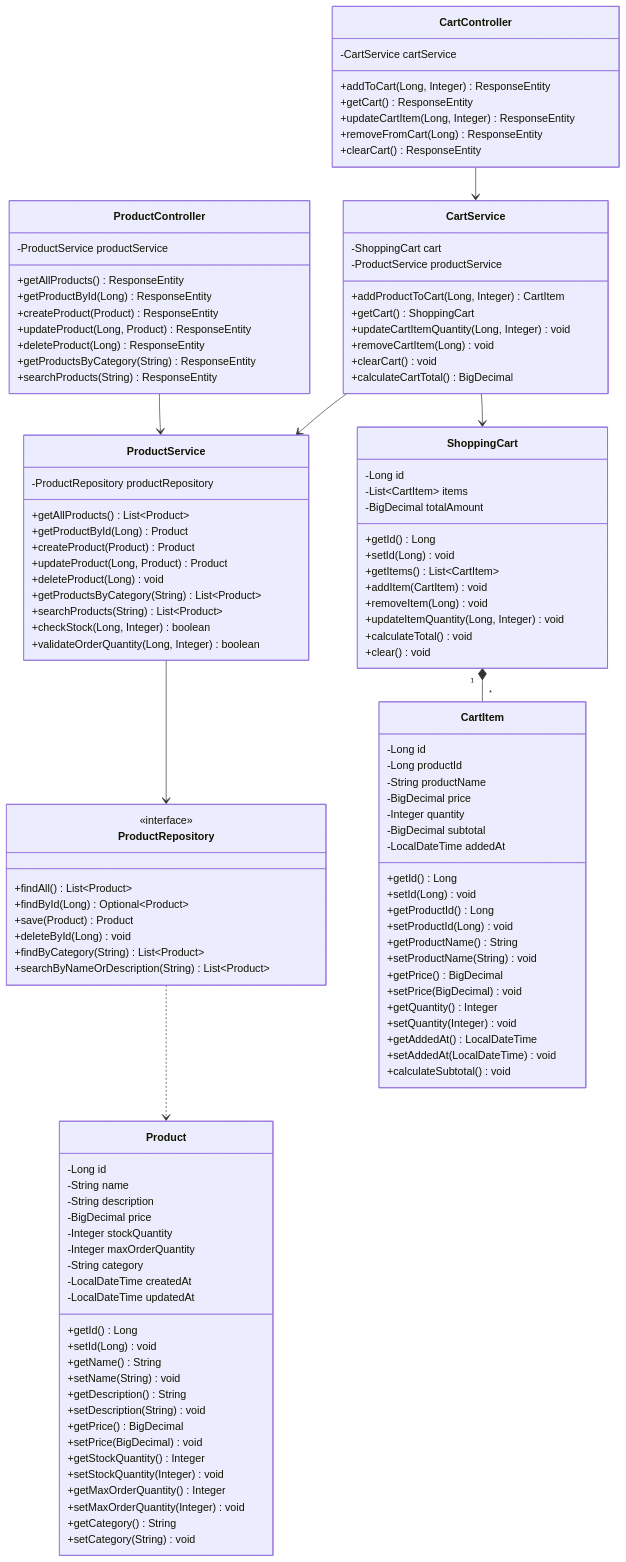
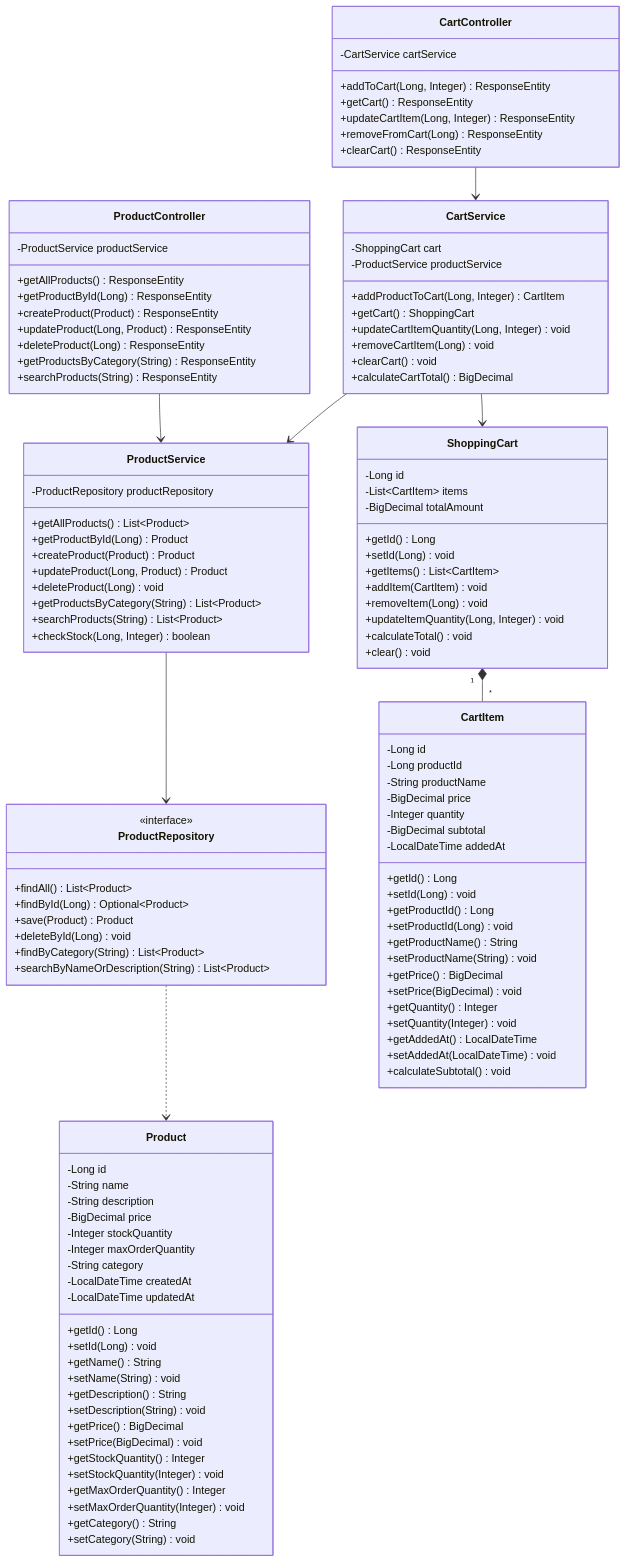
The first of 17 diagrams in docs/LLD/lld.md (NavneetBN47/aava-ecom-demo), drawn with Mermaid before and after one commit. The commit also changed other lines of this file, not shown here.

```diff
--- a/docs/LLD/lld.md
+++ b/docs/LLD/lld.md
@@ -138,7 +138,6 @@
         +getProductsByCategory(String) List~Product~
         +searchProducts(String) List~Product~
         +checkStock(Long, Integer) boolean
-        +validateOrderQuantity(Long, Integer) boolean
     }
 
     class CartService {
```
